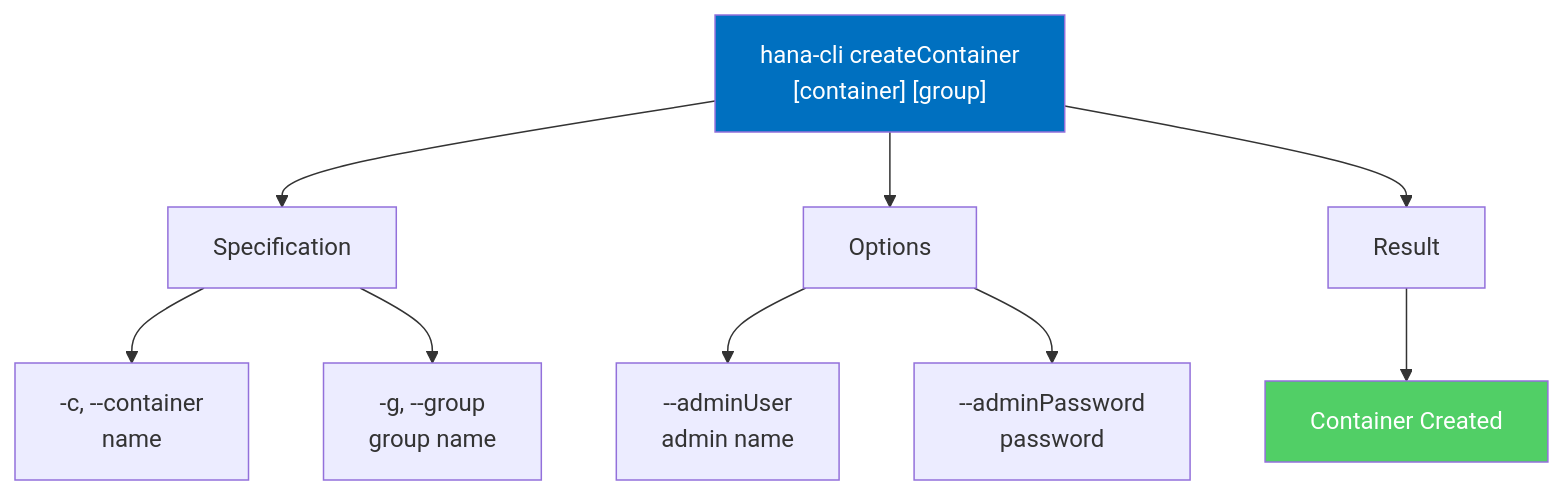
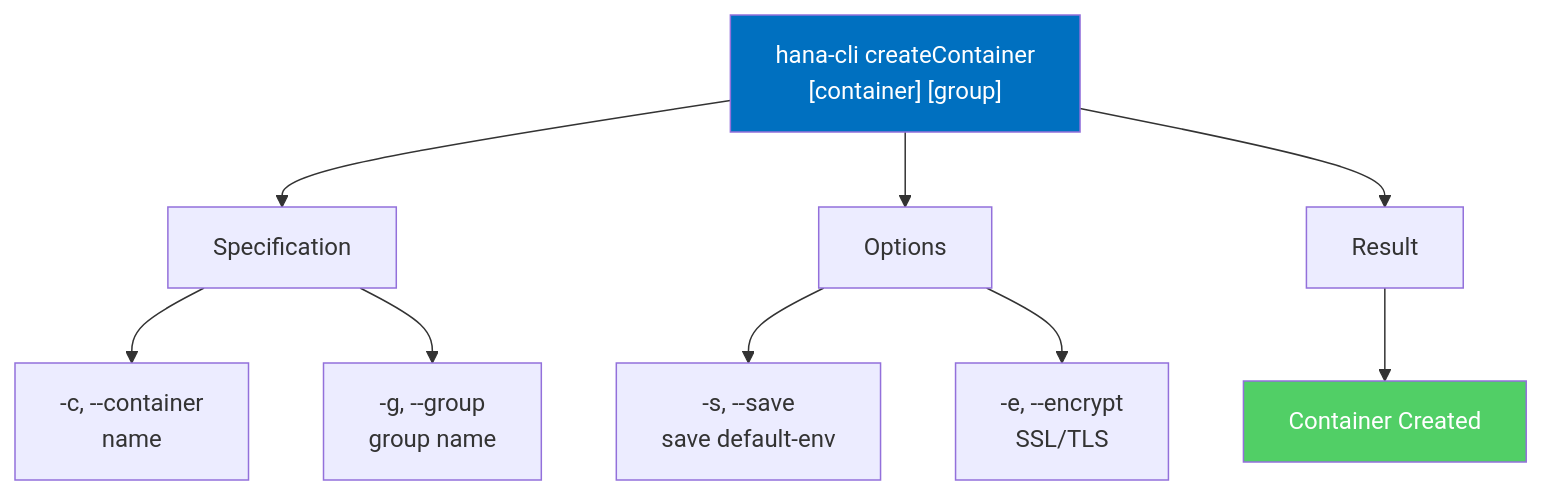
Before and after one commit to SAP-samples/hana-developer-cli-tool-example: diagram 12 of 26 in docs/99-reference/command-reference.md, drawn with Mermaid. The commit also changed other lines of this file and 10 other files, not shown here.

````diff
--- a/docs/99-reference/command-reference.md
+++ b/docs/99-reference/command-reference.md
@@ -447,16 +453,16 @@
 ```mermaid
 graph TD
     A["hana-cli createContainer<br/>[container] [group]"] --> B["Specification"]
     B --> B1["-c, --container<br/>name"]
     B --> B2["-g, --group<br/>group name"]
     
     A --> C["Options"]
-    C --> C1["--adminUser<br/>admin name"]
-    C --> C2["--adminPassword<br/>password"]
+    C --> C1["-s, --save<br/>save default-env"]
+    C --> C2["-e, --encrypt<br/>SSL/TLS"]
     
     A --> D["Result"]
     D --> E["Container Created"]
     
     style A fill:#0070C0,color:#fff
     style E fill:#51CF66,color:#fff
 ```
````
